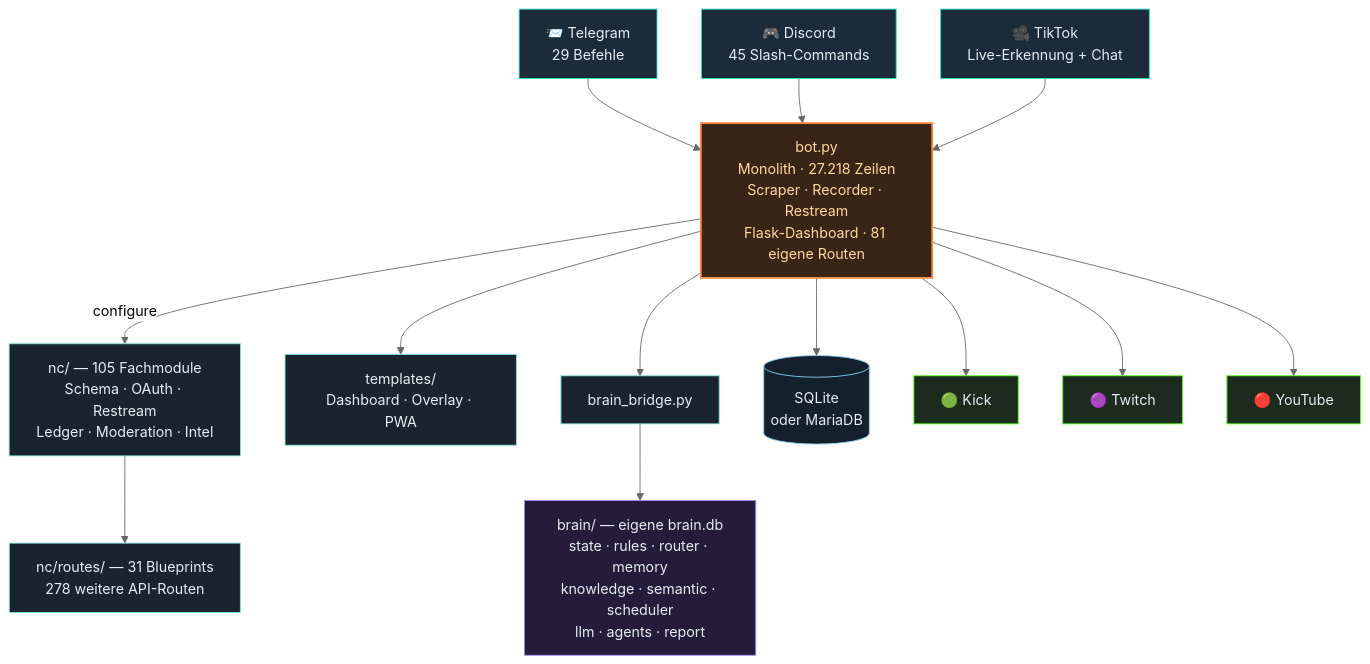
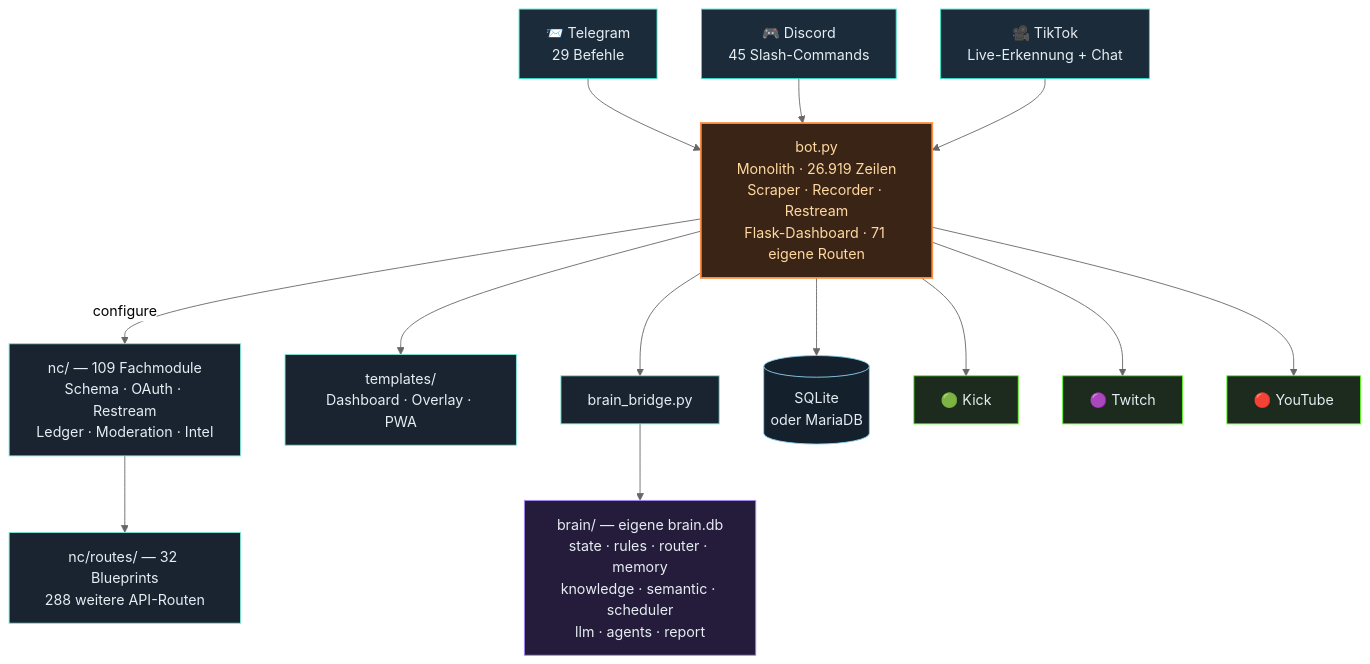
Before and after one commit to itsamemedev/Telegram-Stream-Info-Bot: the third of 4 diagrams in README.md, drawn with Mermaid (neutral theme). The commit also changed other lines of this file and 13 other files, not shown here.

````diff
--- a/README.md
+++ b/README.md
@@ -189,30 +189,30 @@
 ```mermaid
 flowchart TB
     TG["📨 Telegram<br/>29 Befehle"]:::ein
     DC["🎮 Discord<br/>45 Slash-Commands"]:::ein
     TT["🎥 TikTok<br/>Live-Erkennung + Chat"]:::ein
 
     TG --> BOT
     DC --> BOT
     TT --> BOT
 
-    BOT["bot.py<br/>Monolith · 27.218 Zeilen<br/>Scraper · Recorder · Restream<br/>Flask-Dashboard · 81 eigene Routen"]:::core
+    BOT["bot.py<br/>Monolith · 26.919 Zeilen<br/>Scraper · Recorder · Restream<br/>Flask-Dashboard · 71 eigene Routen"]:::core
 
-    BOT -->|configure| NC["nc/ — 105 Fachmodule<br/>Schema · OAuth · Restream<br/>Ledger · Moderation · Intel"]:::lib
-    NC --> RT["nc/routes/ — 31 Blueprints<br/>278 weitere API-Routen"]:::lib
+    BOT -->|configure| NC["nc/ — 109 Fachmodule<br/>Schema · OAuth · Restream<br/>Ledger · Moderation · Intel"]:::lib
+    NC --> RT["nc/routes/ — 32 Blueprints<br/>288 weitere API-Routen"]:::lib
     BOT --> TPL["templates/<br/>Dashboard · Overlay · PWA"]:::lib
     BOT --> BR["brain_bridge.py"]:::lib
     BR --> BRAIN["brain/ — eigene brain.db<br/>state · rules · router · memory<br/>knowledge · semantic · scheduler<br/>llm · agents · report"]:::brain
     BOT --> DB[("SQLite<br/>oder MariaDB")]:::db
 
     BOT --> KICK["🟢 Kick"]:::out
     BOT --> TW["🟣 Twitch"]:::out
     BOT --> YT["🔴 YouTube"]:::out
 
     classDef ein fill:#1c2b3a,stroke:#2de1c2,color:#e6edf3
     classDef core fill:#3a2415,stroke:#ff8c42,stroke-width:2px,color:#ffd9a0
     classDef lib fill:#1a2430,stroke:#7fe7d4,color:#e6edf3
     classDef brain fill:#241c3a,stroke:#a78bfa,color:#e6edf3
     classDef db fill:#14202c,stroke:#8fd3f4,color:#e6edf3
     classDef out fill:#1c2b1e,stroke:#53fc18,color:#e6edf3
 ```
````
